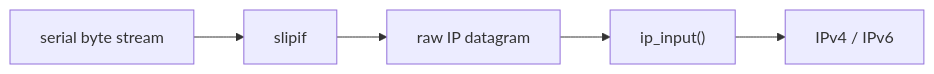
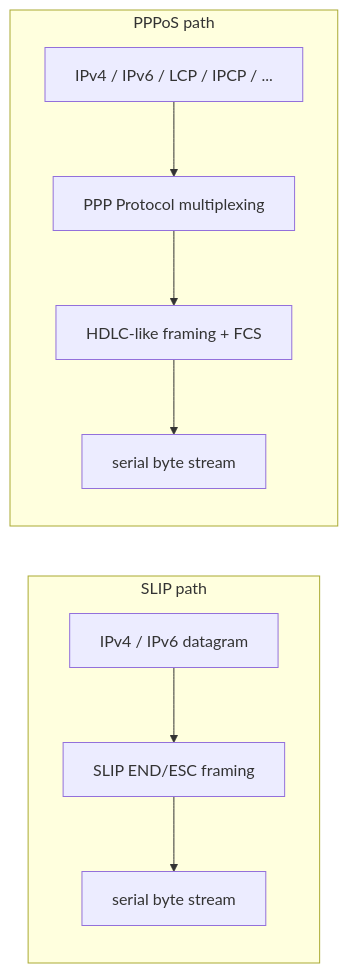
The first of 4 diagrams in docs/31-slip-vs-pppos.md (wdfk-prog/lwIP-Source-Lab), drawn with Mermaid before and after one commit. The commit also changed other lines of this file and 49 other files, not shown here.

````diff
--- a/docs/31-slip-vs-pppos.md
+++ b/docs/31-slip-vs-pppos.md
@@ -32,7 +28,10 @@
 ```mermaid
 flowchart LR
-    A["serial byte stream"] --> B["slipif"]
-    B --> C["raw IP datagram"]
-    C --> D["ip_input()"]
-    D --> E["IPv4 / IPv6"]
+    subgraph S["SLIP path"]
+        S1["IPv4 / IPv6 datagram"] --> S2["SLIP END/ESC framing"] --> S3["serial byte stream"]
+    end
+
+    subgraph P["PPPoS path"]
+        P1["IPv4 / IPv6 / LCP / IPCP / ..."] --> P2["PPP Protocol multiplexing"] --> P3["HDLC-like framing + FCS"] --> P4["serial byte stream"]
+    end
 ```
````
